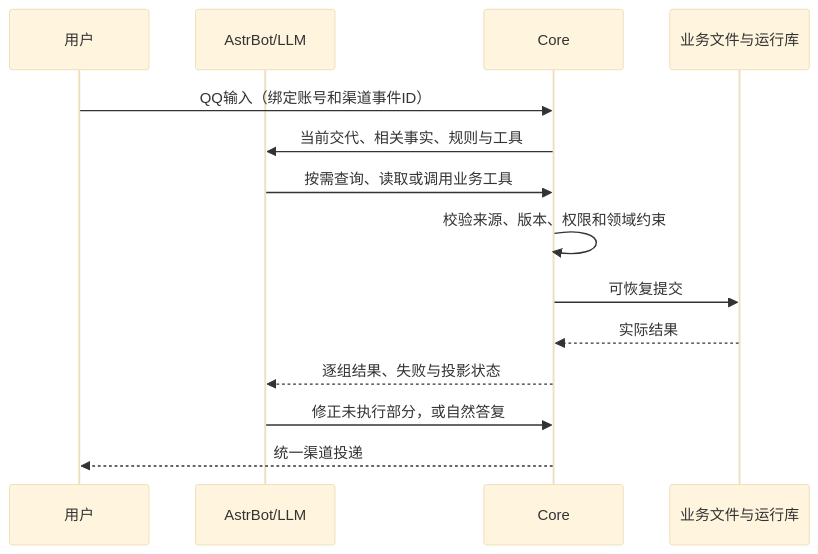
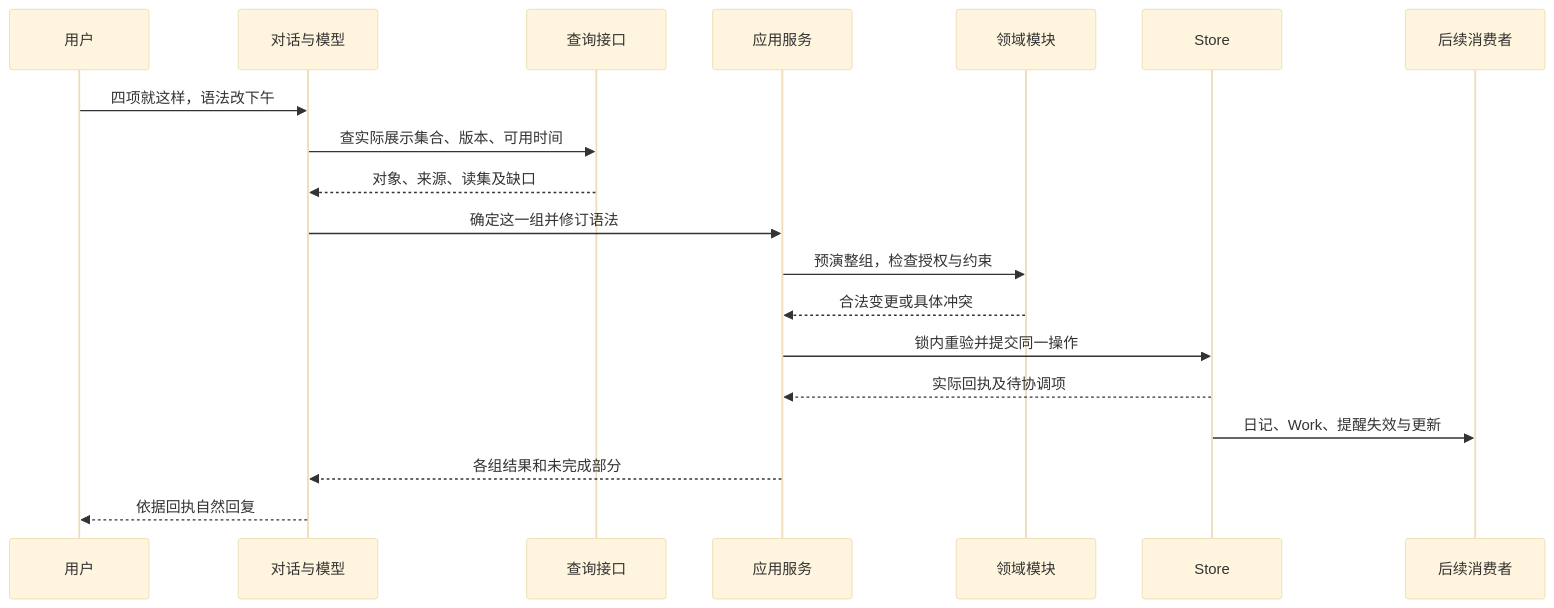
One commit to morewhyhan/obsidian-journal changed the third of 3 diagrams in .agent/Research/DDD.md. Above: the diagram before and after it, drawn with Mermaid (base theme). The commit also changed other lines of this file and 80 other files, not shown here.

````diff
--- a/.agent/Research/DDD.md
+++ b/.agent/Research/DDD.md
@@ -106,16 +207,21 @@
 ```mermaid
 sequenceDiagram
-  participant U as 用户
-  participant A as AstrBot/LLM
-  participant C as Core
-  participant D as 业务文件与运行库
-  U->>C: QQ输入（绑定账号和渠道事件ID）
-  C->>A: 当前交代、相关事实、规则与工具
-  A->>C: 按需查询、读取或调用业务工具
-  C->>C: 校验来源、版本、权限和领域约束
-  C->>D: 可恢复提交
-  D-->>C: 实际结果
-  C-->>A: 逐组结果、失败与投影状态
-  A->>C: 修正未执行部分，或自然答复
-  C-->>U: 统一渠道投递
+    participant U as 用户
+    participant D as 对话与模型
+    participant Q as 查询接口
+    participant C as 应用服务
+    participant B as 领域模块
+    participant S as Store
+    participant F as 后续消费者
+    U->>D: 四项就这样，语法改下午
+    D->>Q: 查实际展示集合、版本、可用时间
+    Q-->>D: 对象、来源、读集及缺口
+    D->>C: 确定这一组并修订语法
+    C->>B: 预演整组，检查授权与约束
+    B-->>C: 合法变更或具体冲突
+    C->>S: 锁内重验并提交同一操作
+    S-->>C: 实际回执及待协调项
+    S->>F: 日记、Work、提醒失效与更新
+    C-->>D: 各组结果和未完成部分
+    D-->>U: 依据回执自然回复
 ```
````
